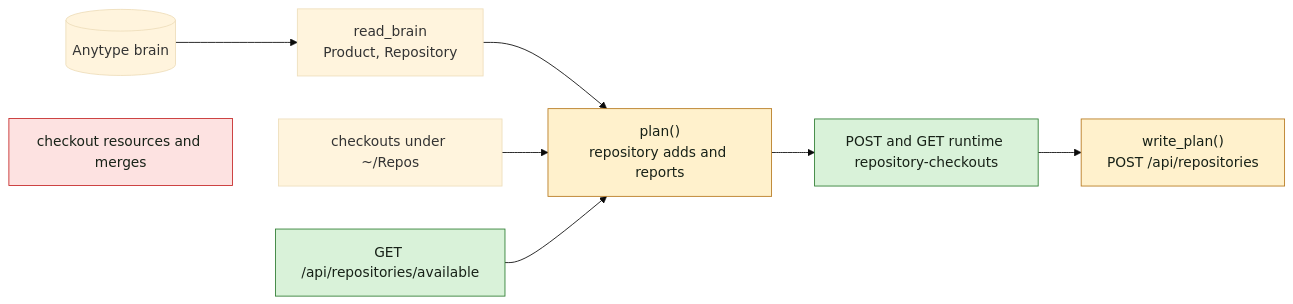
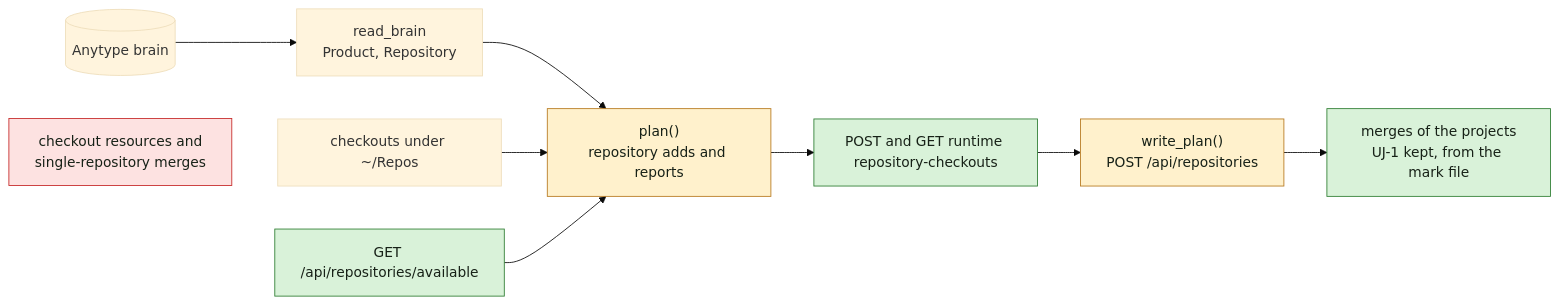
Before and after one commit to appboypov/multica: the fifth of 7 diagrams in specs/openspec/changes/repositories-of-a-project/design.md, drawn with Mermaid (base theme). The commit also changed other lines of this file and 3 other files, not shown here.

First line of the commit message:
docs(specs): merge the repository projects UJ-1 keeps (DAS-451)

````diff
--- a/specs/openspec/changes/repositories-of-a-project/design.md
+++ b/specs/openspec/changes/repositories-of-a-project/design.md
@@ -146,18 +146,19 @@
 ```mermaid
 flowchart LR
   classDef new fill:#d9f2d9,stroke:#2e7d32,color:#172117
   classDef changed fill:#fff1cc,stroke:#b7791f,color:#172117
   classDef removed fill:#fde2e1,stroke:#c62828,color:#172117
   brain[("Anytype brain")]
   read["read_brain<br/>Product, Repository"]
   scan["checkouts under ~/Repos"]
   avail["GET /api/repositories/available"]:::new
   check["POST and GET runtime repository-checkouts"]:::new
   plan["plan()<br/>repository adds and reports"]:::changed
-  steps["checkout resources and merges"]:::removed
+  steps["checkout resources and<br/>single-repository merges"]:::removed
   write["write_plan()<br/>POST /api/repositories"]:::changed
+  merge["merges of the projects<br/>UJ-1 kept, from the mark file"]:::new
   brain --> read --> plan
   scan --> plan
   avail --> plan
-  plan --> check --> write
+  plan --> check --> write --> merge
 ```
````
